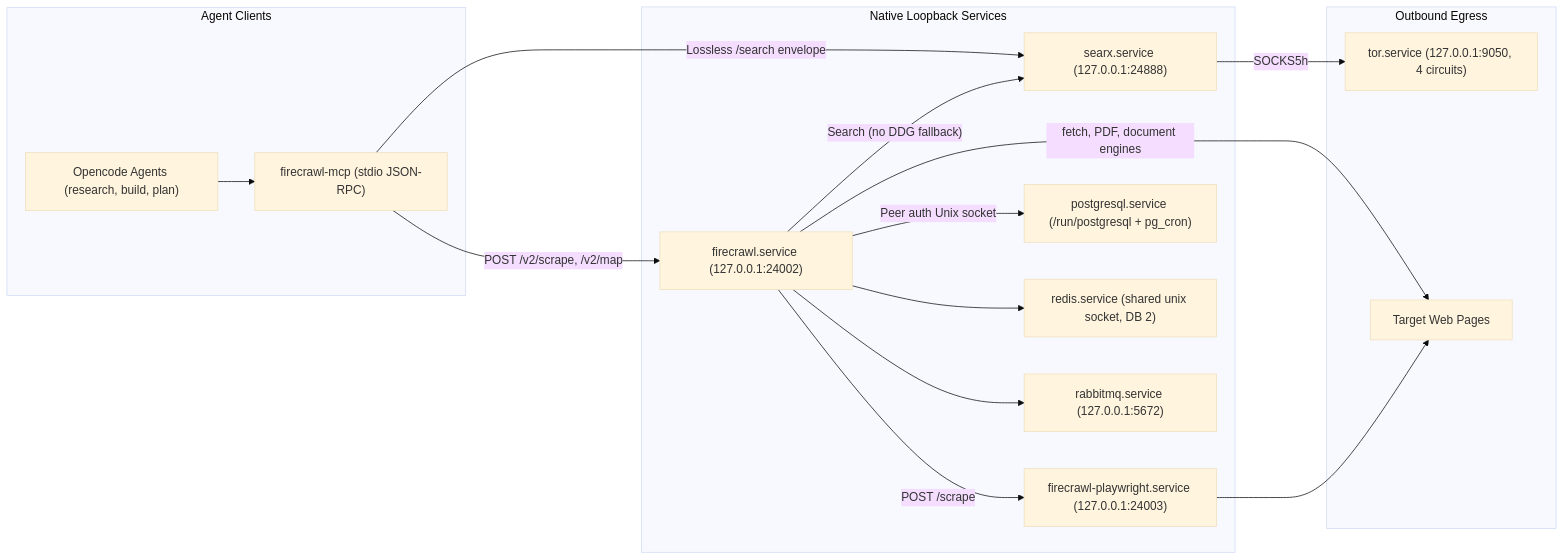
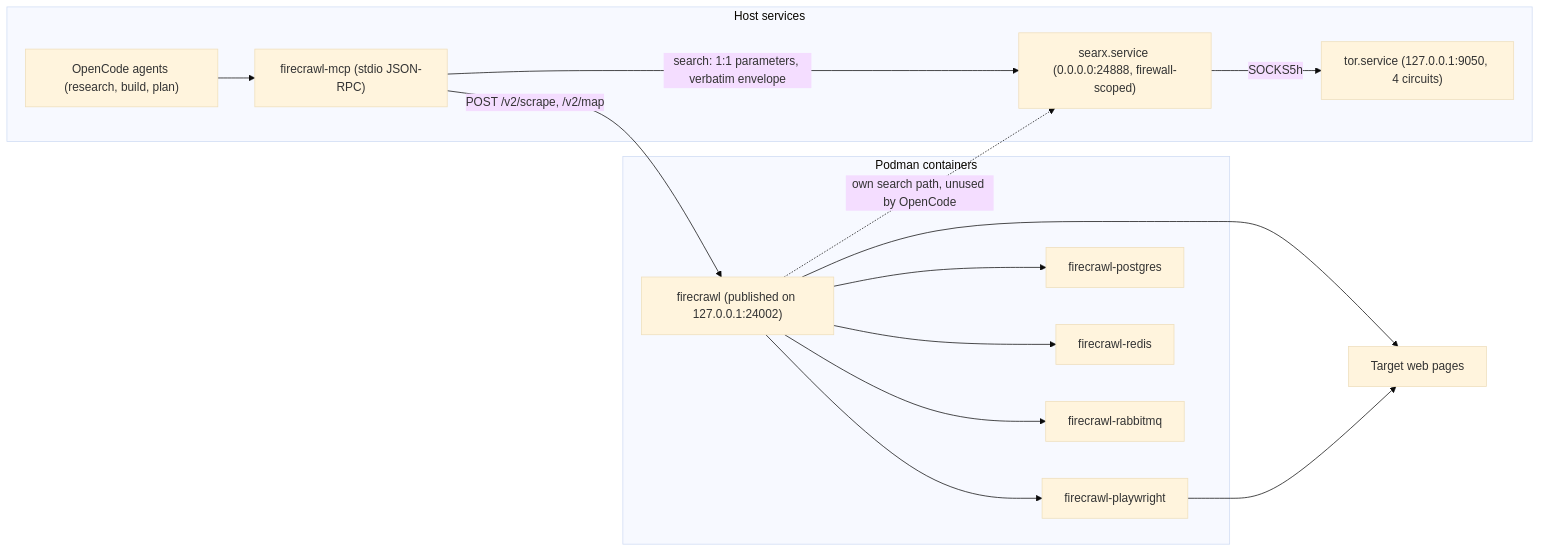
One commit to categoricalcat/nixos changed the diagram in docs/src/plans/firecrawl-plan.md. Above: the diagram before and after it, drawn with Mermaid (base theme). The commit also changed other lines of this file, not shown here.

````diff
--- a/docs/src/plans/firecrawl-plan.md
+++ b/docs/src/plans/firecrawl-plan.md
@@ -66,33 +78,31 @@
 ```mermaid
 flowchart LR
-  subgraph clients [Agent Clients]
-    opencode["Opencode Agents (research, build, plan)"]
+  subgraph hostServices [Host services]
+    opencode["OpenCode agents (research, build, plan)"]
     mcp["firecrawl-mcp (stdio JSON-RPC)"]
+    searx["searx.service (0.0.0.0:24888, firewall-scoped)"]
+    tor["tor.service (127.0.0.1:9050, 4 circuits)"]
   end
 
-  subgraph firecrawlHost [Native Loopback Services]
-    api["firecrawl.service (127.0.0.1:24002)"]
-    pw["firecrawl-playwright.service (127.0.0.1:24003)"]
-    searx["searx.service (127.0.0.1:24888)"]
-    pg["postgresql.service (/run/postgresql + pg_cron)"]
-    valkey["redis.service (shared unix socket, DB 2)"]
-    rmq["rabbitmq.service (127.0.0.1:5672)"]
+  subgraph containers [Podman containers]
+    api["firecrawl (published on 127.0.0.1:24002)"]
+    pw["firecrawl-playwright"]
+    pg["firecrawl-postgres"]
+    redis["firecrawl-redis"]
+    rmq["firecrawl-rabbitmq"]
   end
 
-  subgraph egress [Outbound Egress]
-    tor["tor.service (127.0.0.1:9050, 4 circuits)"]
-    wan[Target Web Pages]
-  end
+  wan[Target web pages]
 
   opencode --> mcp
-  mcp -->|"Lossless /search envelope"| searx
+  mcp -->|"search: 1:1 parameters, verbatim envelope"| searx
   mcp -->|"POST /v2/scrape, /v2/map"| api
-  api -->|"Search (no DDG fallback)"| searx
-  api -->|"POST /scrape"| pw
-  api -->|"Peer auth Unix socket"| pg
-  api --> valkey
+  api -.->|"own search path, unused by OpenCode"| searx
+  api --> pw
+  api --> pg
+  api --> redis
   api --> rmq
   searx -->|"SOCKS5h"| tor
-  api -->|"fetch, PDF, document engines"| wan
+  api --> wan
   pw --> wan
 ```
````
